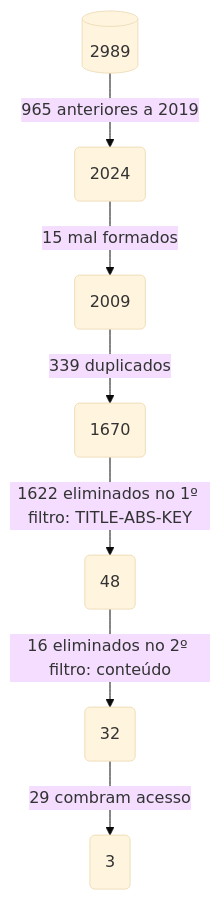
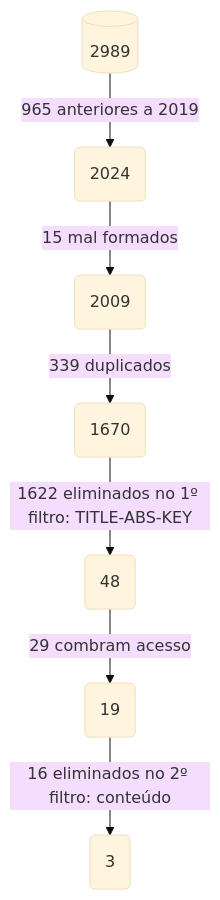
The diagram in flowchart.mermaid (emanoelopes/-SBBD_DS4SG_2024_RSL), drawn with Mermaid (base theme) before and after one commit.

```diff
--- a/flowchart.mermaid
+++ b/flowchart.mermaid
@@ -1,7 +1,7 @@
 flowchart TD
     A[(2989)] -->|965 anteriores a 2019| B(2024)
     B --> |15 mal formados| C(2009)
     C --> |339 duplicados| D(1670)
     D --> |1622 eliminados no 1º filtro: TITLE-ABS-KEY| E(48)
-    E --> |16 eliminados no 2º filtro: conteúdo| F(32)
-    F --> |29 combram acesso| G(3)
+    E --> |29 combram acesso| F(19)
+    F --> |16 eliminados no 2º filtro: conteúdo| G(3)
```
